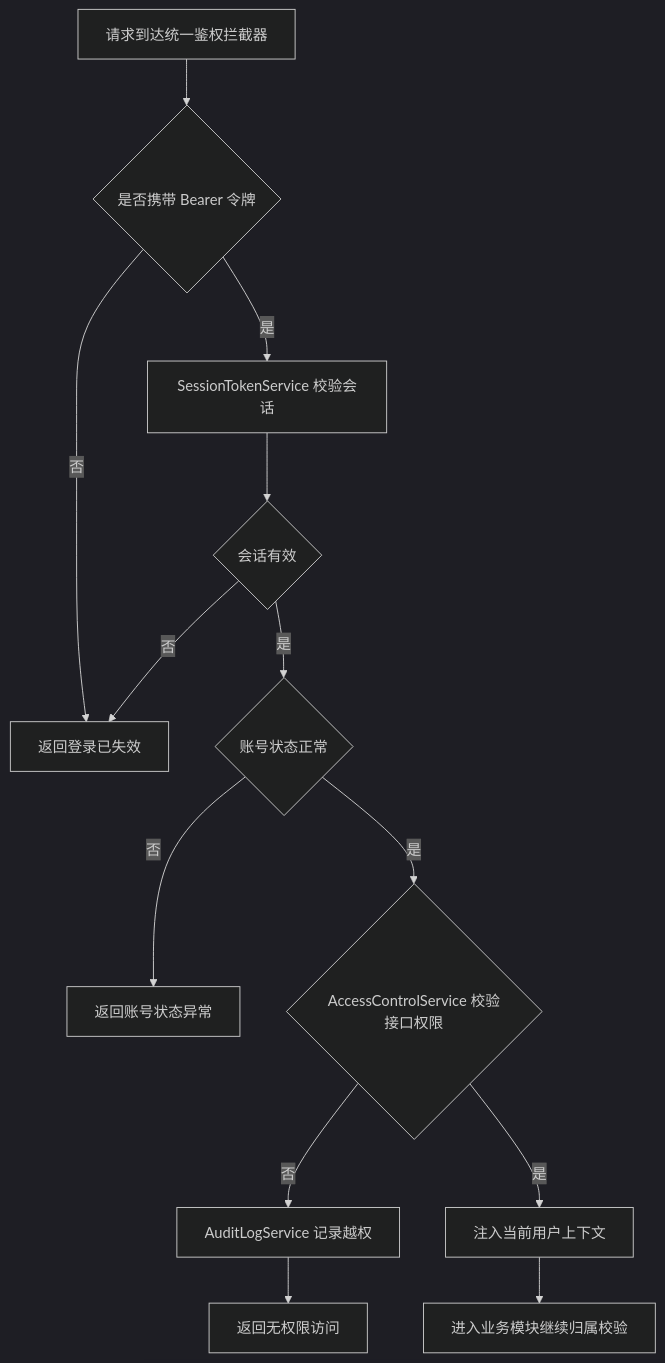
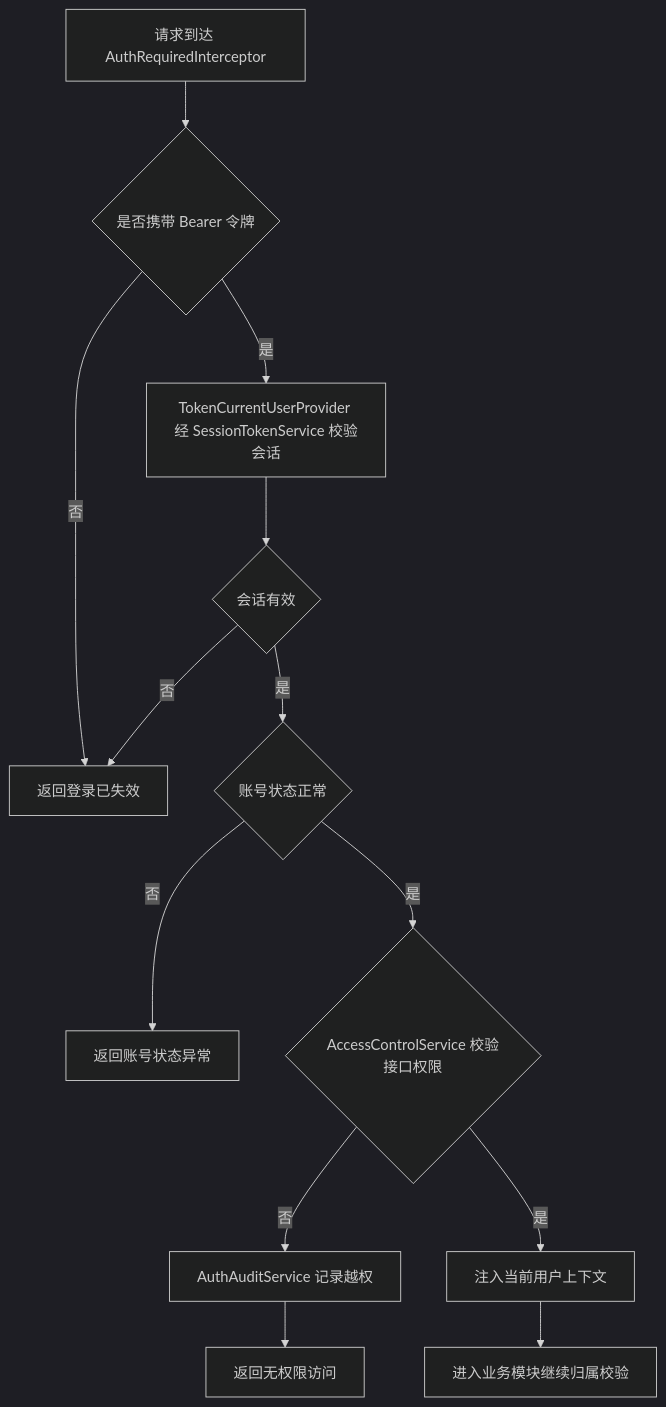
Before and after one commit to Cr4zyorange/OnlineJudge: diagram 31 of 31 in docs/最终提交/软件概要设计说明书.md, drawn with Mermaid (dark theme). The commit also changed other lines of this file and 50 other files, not shown here.

First line of the commit message:
docs(auth): 按终审意见返工场景拆解、图组重绘与 E2E 断言

````diff
--- a/docs/最终提交/软件概要设计说明书.md
+++ b/docs/最终提交/软件概要设计说明书.md
@@ -2062,15 +2218,15 @@
 ```mermaid
 flowchart TD
-    Start[请求到达统一鉴权拦截器] --> Token{是否携带 Bearer 令牌}
+    Start[请求到达 AuthRequiredInterceptor] --> Token{是否携带 Bearer 令牌}
     Token -->|否| UnAuth[返回登录已失效]
-    Token -->|是| Validate[SessionTokenService 校验会话]
+    Token -->|是| Validate[TokenCurrentUserProvider 经 SessionTokenService 校验会话]
     Validate --> Valid{会话有效}
     Valid -->|否| UnAuth
     Valid -->|是| Account{账号状态正常}
     Account -->|否| StatusError[返回账号状态异常]
     Account -->|是| Perm{AccessControlService 校验接口权限}
-    Perm -->|否| AuditDeny[AuditLogService 记录越权]
+    Perm -->|否| AuditDeny[AuthAuditService 记录越权]
     AuditDeny --> Forbidden[返回无权限访问]
     Perm -->|是| Context[注入当前用户上下文]
     Context --> Business[进入业务模块继续归属校验]
 ```
````
